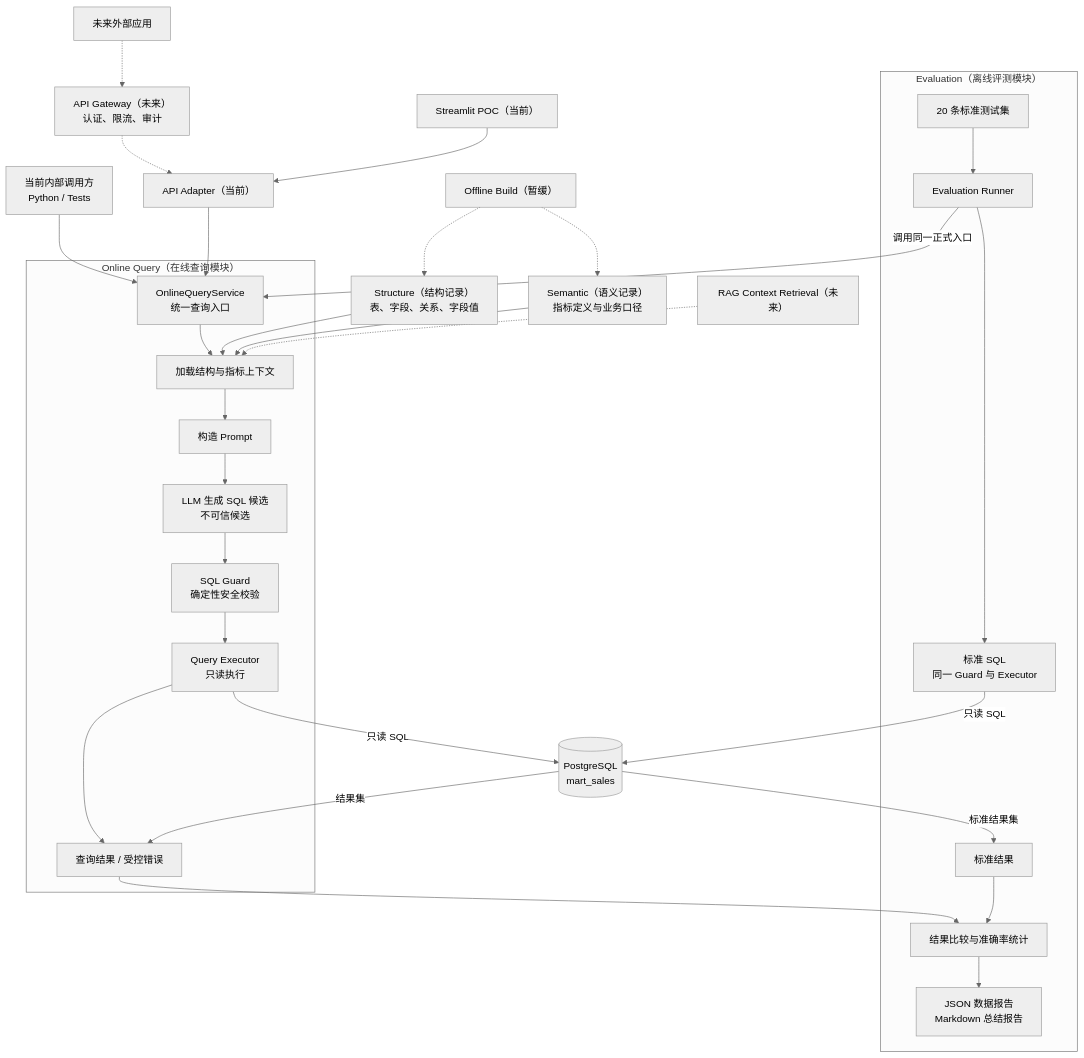
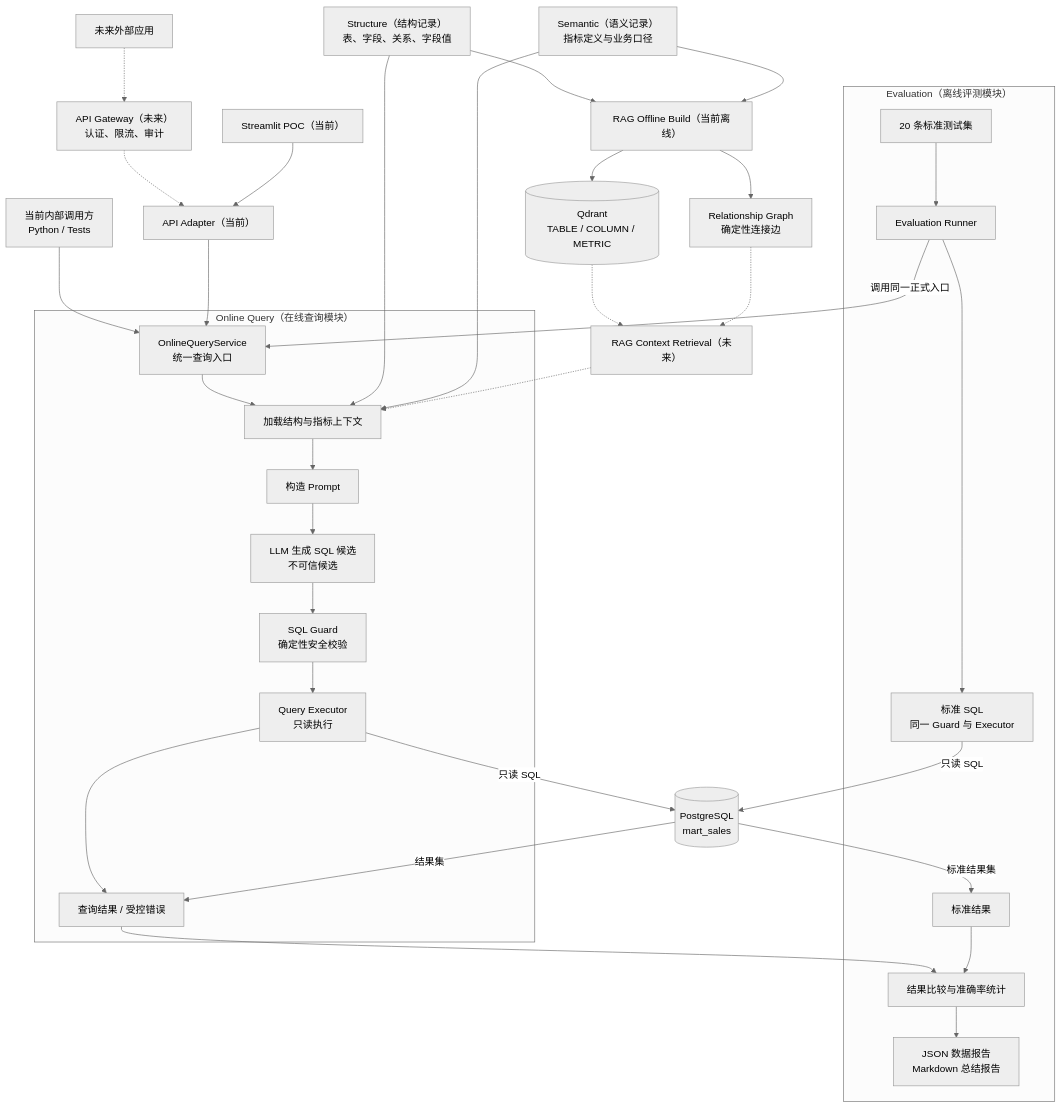
One commit to K999999999999/chatbi changed the first of 3 diagrams in docs/architecture.md. Above: the diagram before and after it, drawn with Mermaid (neutral theme). The commit also changed other lines of this file and 23 other files, not shown here.

Commit message:
feat(rag-offline): 完成离线向量资产构建

````diff
--- a/docs/architecture.md
+++ b/docs/architecture.md
@@ -27,38 +31,42 @@
 ```mermaid
 flowchart TB
     InternalCaller["当前内部调用方<br/>Python / Tests"] --> Service
     ExternalCaller["未来外部应用"] -.-> Gateway
     Gateway["API Gateway（未来）<br/>认证、限流、审计"] -.-> API
     API["API Adapter（当前）"] --> Service
     Streamlit["Streamlit POC（当前）"] --> API
 
     subgraph OnlineQuery["Online Query（在线查询模块）"]
         Service["OnlineQueryService<br/>统一查询入口"] --> Context["加载结构与指标上下文"]
         Context --> Prompt["构造 Prompt"]
         Prompt --> LLM["LLM 生成 SQL 候选<br/>不可信候选"]
         LLM --> Guard["SQL Guard<br/>确定性安全校验"]
         Guard --> Executor["Query Executor<br/>只读执行"]
         Executor --> Result["查询结果 / 受控错误"]
     end
 
     Structure["Structure（结构记录）<br/>表、字段、关系、字段值"] --> Context
     Metrics["Semantic（语义记录）<br/>指标定义与业务口径"] --> Context
     Executor -->|"只读 SQL"| Database[("PostgreSQL<br/>mart_sales")]
     Database -->|"结果集"| Result
 
     subgraph EvaluationFlow["Evaluation（离线评测模块）"]
         Cases["20 条标准测试集"] --> Runner["Evaluation Runner"]
         Runner -->|"调用同一正式入口"| Service
         Runner --> Reference["标准 SQL<br/>同一 Guard 与 Executor"]
         ReferenceResult["标准结果"]
         Result --> Compare["结果比较与准确率统计"]
         ReferenceResult --> Compare
         Compare --> Reports["JSON 数据报告<br/>Markdown 总结报告"]
     end
 
     Reference -->|"只读 SQL"| Database
     Database -->|"标准结果集"| ReferenceResult
-    OfflineBuild["Offline Build（暂缓）"] -.-> Structure
-    OfflineBuild -.-> Metrics
+    Structure --> OfflineBuild["RAG Offline Build（当前离线）"]
+    Metrics --> OfflineBuild
+    OfflineBuild --> VectorCollections[("Qdrant<br/>TABLE / COLUMN / METRIC")]
+    OfflineBuild --> RelationshipGraph["Relationship Graph<br/>确定性连接边"]
+    VectorCollections -.-> RAG
+    RelationshipGraph -.-> RAG
     RAG["RAG Context Retrieval（未来）"] -.-> Context
 ```
````
